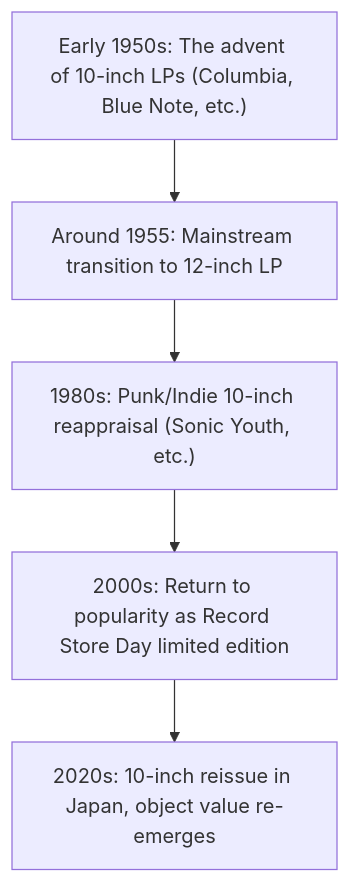
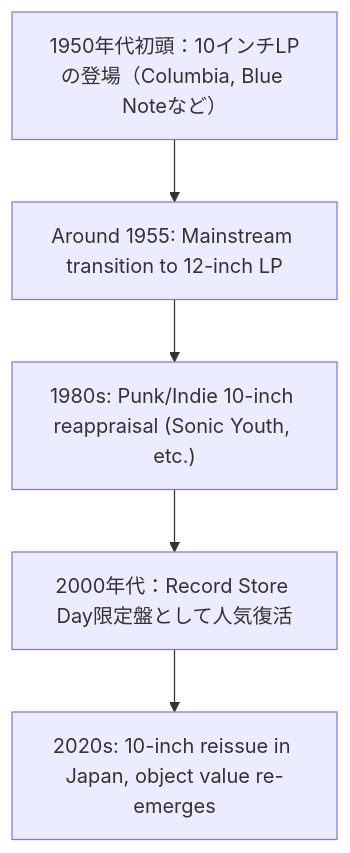
Before and after one commit to monumental-movement/monumental-movement.github.io: the diagram in en/_posts/2025-10-11-Colum-10-Inch-Vinyl.md, drawn with Mermaid. The commit also changed other lines of this file and 422 other files, not shown here.

```diff
--- a/en/_posts/2025-10-11-Colum-10-Inch-Vinyl.md
+++ b/en/_posts/2025-10-11-Colum-10-Inch-Vinyl.md
@@ -130,13 +130,13 @@
 <div class="mermaid">
 
 flowchart TD
-A1950["Early 1950s: The advent of 10-inch LPs (Columbia, Blue Note, etc.)"]
+A1950["1950年代初頭：10インチLPの登場（Columbia, Blue Noteなど）"]
 A1955["Around 1955: Mainstream transition to 12-inch LP"]
 A1980["1980s: Punk/Indie 10-inch reappraisal (Sonic Youth, etc.)"]
-A2000["2000s: Return to popularity as Record Store Day limited edition"]
+A2000["2000年代：Record Store Day限定盤として人気復活"]
 A2020["2020s: 10-inch reissue in Japan, object value re-emerges"]
 
     A1950 --> A1955 --> A1980 --> A2000 --> A2020
 
 
 </div>
```
